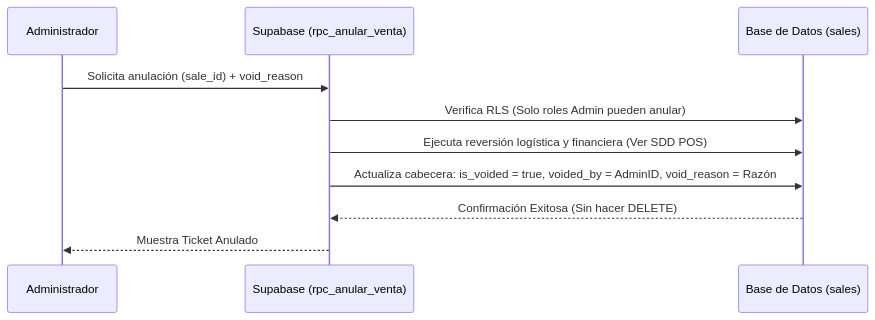
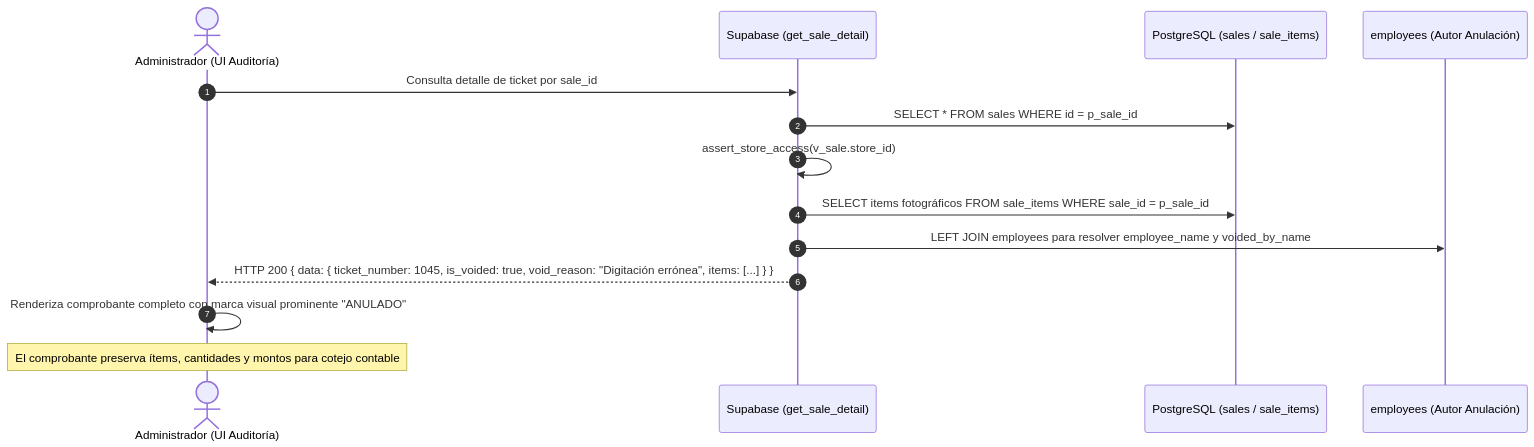
The fourth of 5 diagrams in documentation/01_requirements/SDD/SDD_007_02_TICKET_DE_VENTA.md (YamirJCF/tienda-barrio-pro), drawn with Mermaid before and after one commit. The commit also changed other lines of this file, not shown here.

Commit message:
docs(sdd): rectificar y sanitizar SDD-007-02 bajo protocolo PAC-SDD estricto con certificacion QA

````diff
--- a/documentation/01_requirements/SDD/SDD_007_02_TICKET_DE_VENTA.md
+++ b/documentation/01_requirements/SDD/SDD_007_02_TICKET_DE_VENTA.md
@@ -128,13 +189,18 @@
 ```mermaid
 sequenceDiagram
-    participant Admin as Administrador
-    participant API as Supabase (rpc_anular_venta)
-    participant DB as Base de Datos (sales)
-    
-    Admin->>API: Solicita anulación (sale_id) + void_reason
-    API->>DB: Verifica RLS (Solo roles Admin pueden anular)
-    API->>DB: Ejecuta reversión logística y financiera (Ver SDD POS)
-    API->>DB: Actualiza cabecera: is_voided = true, voided_by = AdminID, void_reason = Razón
-    DB-->>API: Confirmación Exitosa (Sin hacer DELETE)
-    API-->>Admin: Muestra Ticket Anulado
+    autonumber
+    actor A as Administrador (UI Auditoría)
+    participant API as Supabase (get_sale_detail)
+    participant DB as PostgreSQL (sales / sale_items)
+    participant E as employees (Autor Anulación)
+
+    A->>API: Consulta detalle de ticket por sale_id
+    API->>DB: SELECT * FROM sales WHERE id = p_sale_id
+    API->>API: assert_store_access(v_sale.store_id)
+    API->>DB: SELECT items fotográficos FROM sale_items WHERE sale_id = p_sale_id
+    API->>E: LEFT JOIN employees para resolver employee_name y voided_by_name
+
+    API-->>A: HTTP 200 { data: { ticket_number: 1045, is_voided: true, void_reason: "Digitación errónea", items: [...] } }
+    A->>A: Renderiza comprobante completo con marca visual prominente "ANULADO"
+    Note over A: El comprobante preserva ítems, cantidades y montos para cotejo contable
 ```
````
